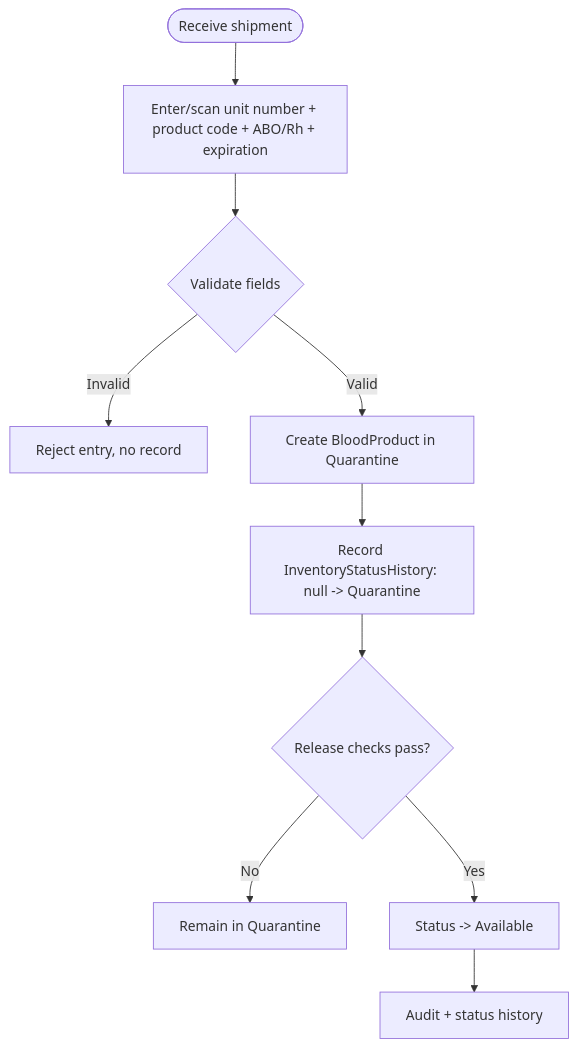
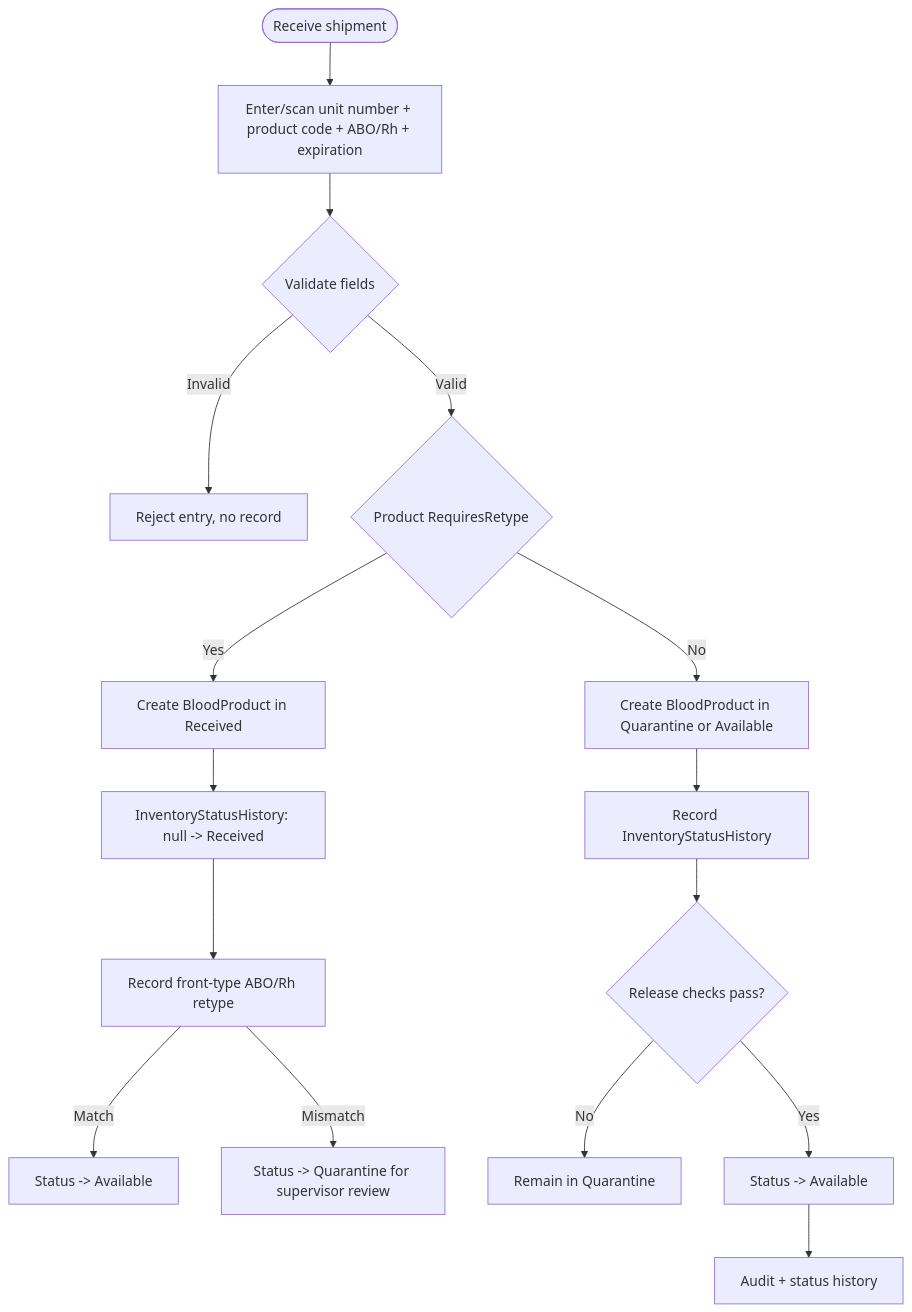
Before and after one commit to drpitts13/greyhound-blood-bank-system: the first of 11 diagrams in docs/workflows.md, drawn with Mermaid. The commit also changed other lines of this file and 37 other files, not shown here.

Commit message:
Add product ABO/Rh retype workflow with Received-to-Available release.

````diff
--- a/docs/workflows.md
+++ b/docs/workflows.md
@@ -11,12 +11,18 @@
 ```mermaid
 flowchart TD
     a([Receive shipment]) --> b[Enter/scan unit number + product code + ABO/Rh + expiration]
     b --> c{Validate fields}
     c -->|Invalid| r[Reject entry, no record]
-    c -->|Valid| d[Create BloodProduct in Quarantine]
-    d --> e[Record InventoryStatusHistory: null -> Quarantine]
+    c -->|Valid| flag{Product RequiresRetype}
+    flag -->|Yes| rec[Create BloodProduct in Received]
+    rec --> histR[InventoryStatusHistory: null -> Received]
+    histR --> retype[Record front-type ABO/Rh retype]
+    retype -->|Match| avail[Status -> Available]
+    retype -->|Mismatch| q2[Status -> Quarantine for supervisor review]
+    flag -->|No| d[Create BloodProduct in Quarantine or Available]
+    d --> e[Record InventoryStatusHistory]
     e --> f{Release checks pass?}
     f -->|No| q[Remain in Quarantine]
     f -->|Yes| g[Status -> Available]
     g --> h[Audit + status history]
 ```
````
